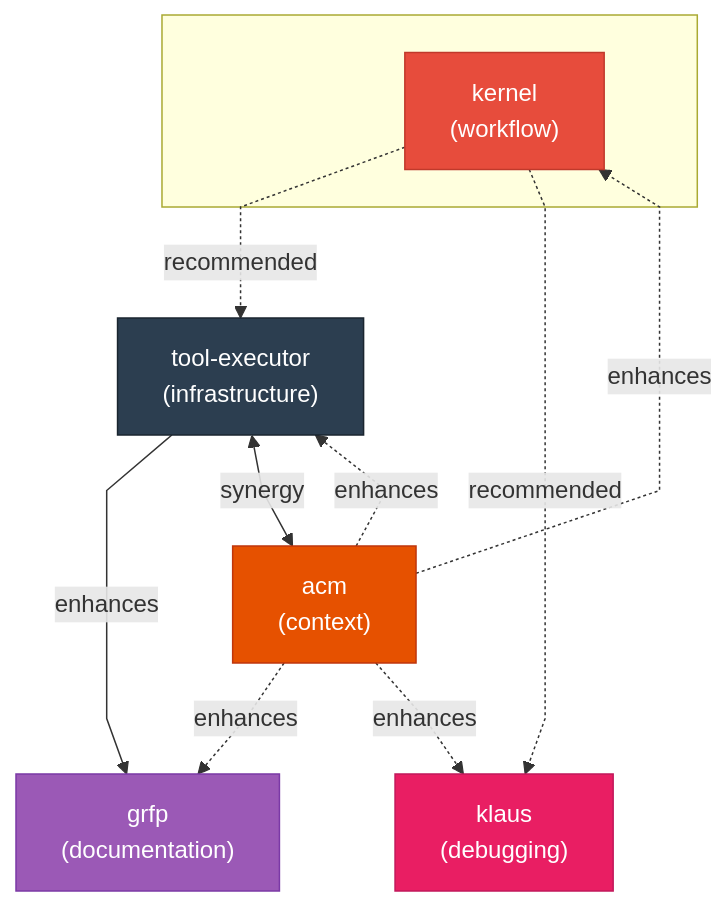
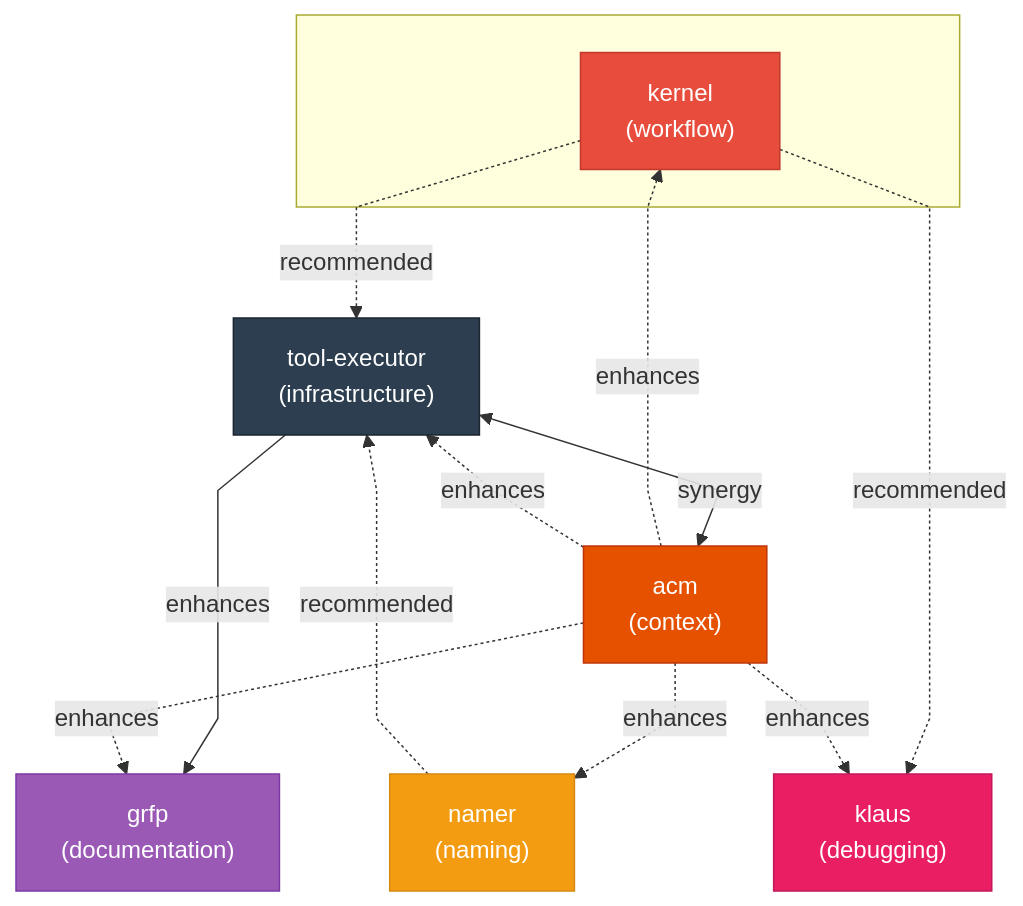
Before and after one commit to fipnooone/claudikins-marketplace: the diagram in README.md, drawn with Mermaid. The commit also changed other lines of this file, not shown here.

First line of the commit message:
docs: add claudikins-namer to marketplace

````diff
--- a/README.md
+++ b/README.md
@@ -40,28 +41,32 @@
 ```mermaid
 %%{init: {'flowchart': {'curve': 'linear'}}}%%
 flowchart TB
     subgraph core[" "]
         kernel["kernel<br/>(workflow)"]
     end
 
+    namer["namer<br/>(naming)"]
     toolexec["tool-executor<br/>(infrastructure)"]
     grfp["grfp<br/>(documentation)"]
     klaus["klaus<br/>(debugging)"]
     acm["acm<br/>(context)"]
 
     kernel -.->|recommended| toolexec
     kernel -.->|recommended| klaus
+    namer -.->|recommended| toolexec
     toolexec -->|enhances| grfp
     toolexec <-->|synergy| acm
 
     acm -.->|enhances| kernel
     acm -.->|enhances| toolexec
     acm -.->|enhances| grfp
     acm -.->|enhances| klaus
+    acm -.->|enhances| namer
 
     style kernel fill:#e74c3c,stroke:#c0392b,color:#fff
+    style namer fill:#f39c12,stroke:#d68910,color:#fff
     style toolexec fill:#2c3e50,stroke:#1a252f,color:#fff
     style grfp fill:#9b59b6,stroke:#7b39a6,color:#fff
     style klaus fill:#e91e63,stroke:#c2185b,color:#fff
     style acm fill:#e65100,stroke:#bf360c,color:#fff
 ```
````
